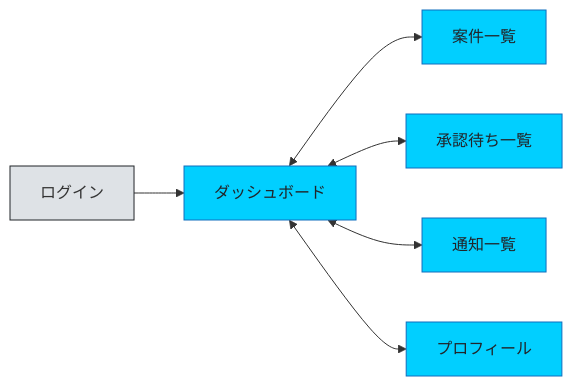
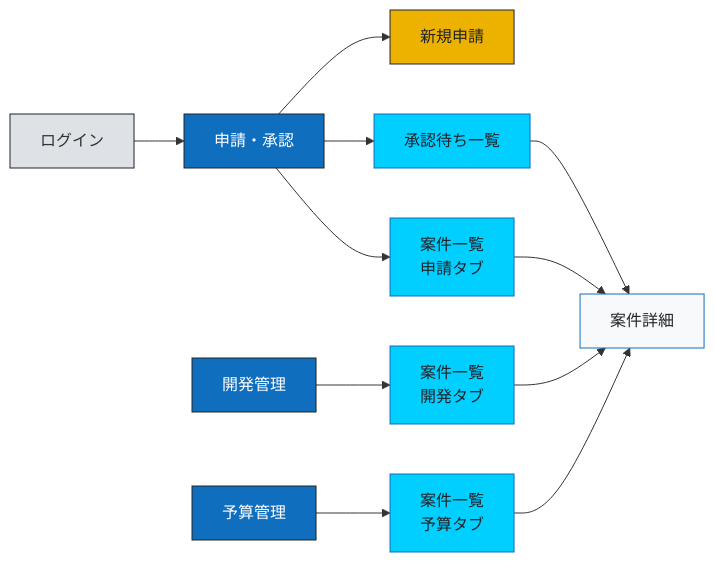
Before and after one commit to toutetu/ProjNexus: the first of 6 diagrams in quest_1/doc/Design/screen_flow.md, drawn with Mermaid. The commit also changed other lines of this file and 7 other files, not shown here.

````diff
--- a/quest_1/doc/Design/screen_flow.md
+++ b/quest_1/doc/Design/screen_flow.md
@@ -51,18 +121,30 @@
 ```mermaid
 flowchart LR
   S01[ログイン]:::auth
-  S02[ダッシュボード]:::hub
-  S03[案件一覧]:::hub
+  NAV1[申請・承認]:::sec
+  NAV2[開発管理]:::sec
+  NAV3[予算管理]:::sec
+  S03A[案件一覧<br/>申請タブ]:::hub
+  S03B[案件一覧<br/>開発タブ]:::hub
+  S03C[案件一覧<br/>予算タブ]:::hub
   S07[承認待ち一覧]:::hub
-  S12[通知一覧]:::hub
-  S13[プロフィール]:::hub
+  S05[新規申請]:::form
+  S04[案件詳細]:::detail
 
-  S01 --> S02
-  S02 <--> S03
-  S02 <--> S07
-  S02 <--> S12
-  S02 <--> S13
+  S01 --> NAV1
+  NAV1 --> S05
+  NAV1 --> S07
+  NAV1 --> S03A
+  NAV2 --> S03B
+  NAV3 --> S03C
+  S03A --> S04
+  S03B --> S04
+  S03C --> S04
+  S07 --> S04
 
   classDef auth fill:#DEE2E6,stroke:#212429
+  classDef sec fill:#106EBE,stroke:#212429,color:#FFFFFF
   classDef hub fill:#01CFFF,stroke:#106EBE,color:#212429
+  classDef form fill:#EDB100,stroke:#212429,color:#212429
+  classDef detail fill:#F8F9FA,stroke:#106EBE,color:#212429
 ```
````
